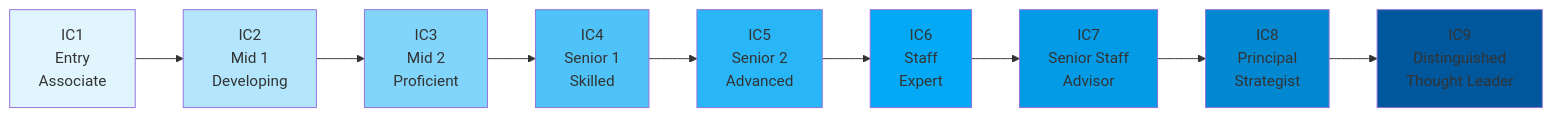
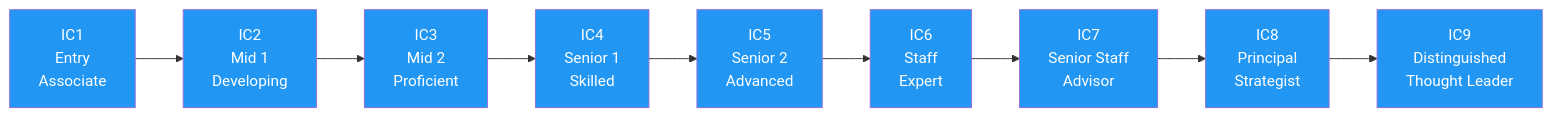
One commit to ultralytics/handbook changed the diagram in docs/en/people/careers/levels-ic.md. Above: the diagram before and after it, drawn with Mermaid. The commit also changed 16 other files, not shown here.

Commit message:
Standardize Mermaid diagram colors (#302)

````diff
--- a/docs/en/people/careers/levels-ic.md
+++ b/docs/en/people/careers/levels-ic.md
@@ -20,21 +20,13 @@
 ```mermaid
 graph LR
-    IC1[IC1<br/>Entry<br/>Associate] --> IC2[IC2<br/>Mid 1<br/>Developing]
-    IC2 --> IC3[IC3<br/>Mid 2<br/>Proficient]
-    IC3 --> IC4[IC4<br/>Senior 1<br/>Skilled]
-    IC4 --> IC5[IC5<br/>Senior 2<br/>Advanced]
-    IC5 --> IC6[IC6<br/>Staff<br/>Expert]
-    IC6 --> IC7[IC7<br/>Senior Staff<br/>Advisor]
-    IC7 --> IC8[IC8<br/>Principal<br/>Strategist]
-    IC8 --> IC9[IC9<br/>Distinguished<br/>Thought Leader]
+    IC1[IC1<br/>Entry<br/>Associate]:::proc --> IC2[IC2<br/>Mid 1<br/>Developing]:::proc
+    IC2 --> IC3[IC3<br/>Mid 2<br/>Proficient]:::proc
+    IC3 --> IC4[IC4<br/>Senior 1<br/>Skilled]:::proc
+    IC4 --> IC5[IC5<br/>Senior 2<br/>Advanced]:::proc
+    IC5 --> IC6[IC6<br/>Staff<br/>Expert]:::proc
+    IC6 --> IC7[IC7<br/>Senior Staff<br/>Advisor]:::proc
+    IC7 --> IC8[IC8<br/>Principal<br/>Strategist]:::proc
+    IC8 --> IC9[IC9<br/>Distinguished<br/>Thought Leader]:::proc
 
-    style IC1 fill:#e1f5ff
-    style IC2 fill:#b3e5fc
-    style IC3 fill:#81d4fa
-    style IC4 fill:#4fc3f7
-    style IC5 fill:#29b6f6
-    style IC6 fill:#03a9f4
-    style IC7 fill:#039be5
-    style IC8 fill:#0288d1
-    style IC9 fill:#01579b
+    classDef proc fill:#2196F3,color:#fff
 ```
````
